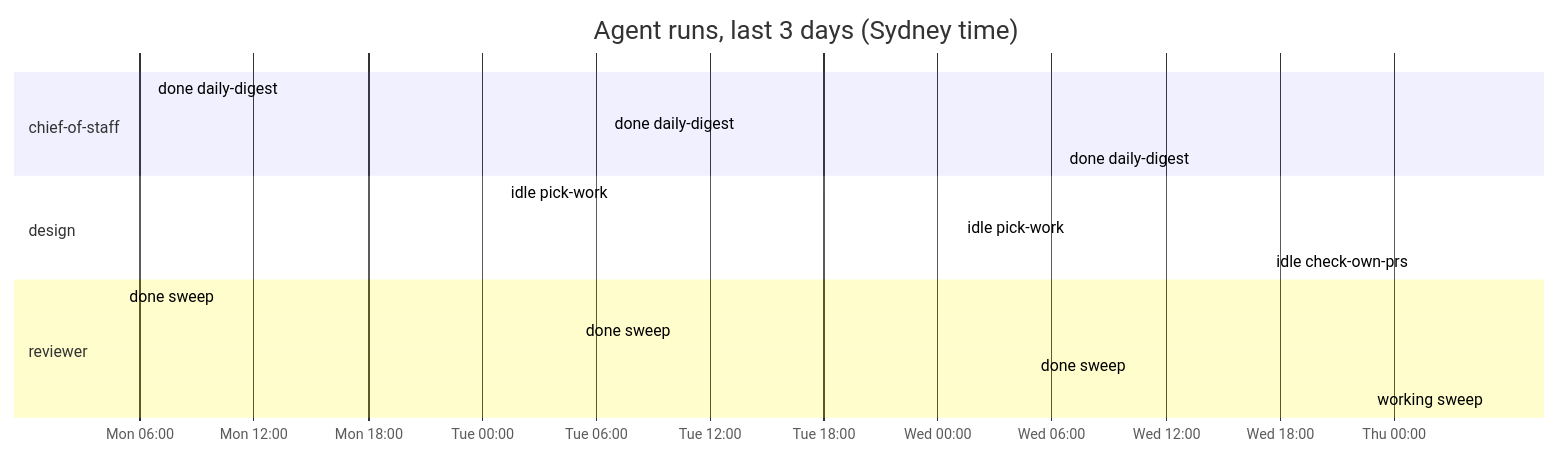
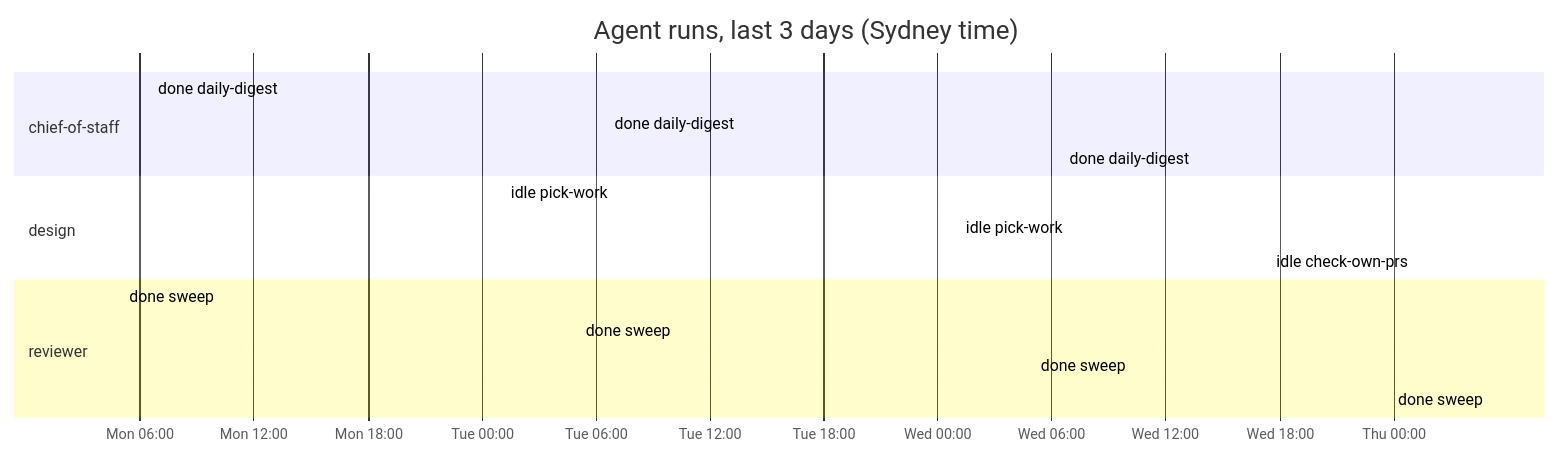
The diagram in dashboard.md (roulmediateam-byte/fifteen-expert-hq), drawn with Mermaid before and after one commit. The commit also changed other lines of this file and 1 other file, not shown here.

````diff
--- a/dashboard.md
+++ b/dashboard.md
@@ -53,19 +53,19 @@
 ```mermaid
 gantt
     title Agent runs, last 3 days (Sydney time)
     dateFormat YYYY-MM-DD HH:mm
     axisFormat %a %H:%M
     section chief-of-staff
     done daily-digest :done, 2026-11-23 06:35, 2026-11-23 06:36
     done daily-digest :done, 2026-11-24 06:35, 2026-11-24 06:37
     done daily-digest :done, 2026-11-25 06:34, 2026-11-25 06:35
     section design
     idle pick-work :done, 2026-11-24 01:09, 2026-11-24 01:09
     idle pick-work :done, 2026-11-25 01:09, 2026-11-25 01:09
     idle check-own-prs :done, 2026-11-26 01:09, 2026-11-26 01:09
     section reviewer
     done sweep :done, 2026-11-23 05:04, 2026-11-23 05:06
     done sweep :done, 2026-11-24 05:05, 2026-11-24 05:06
     done sweep :done, 2026-11-25 05:04, 2026-11-25 05:05
-    working sweep :active, 2026-11-26 05:05, 2026-11-26 05:05
+    done sweep :done, 2026-11-26 05:05, 2026-11-26 05:06
 ```
````
